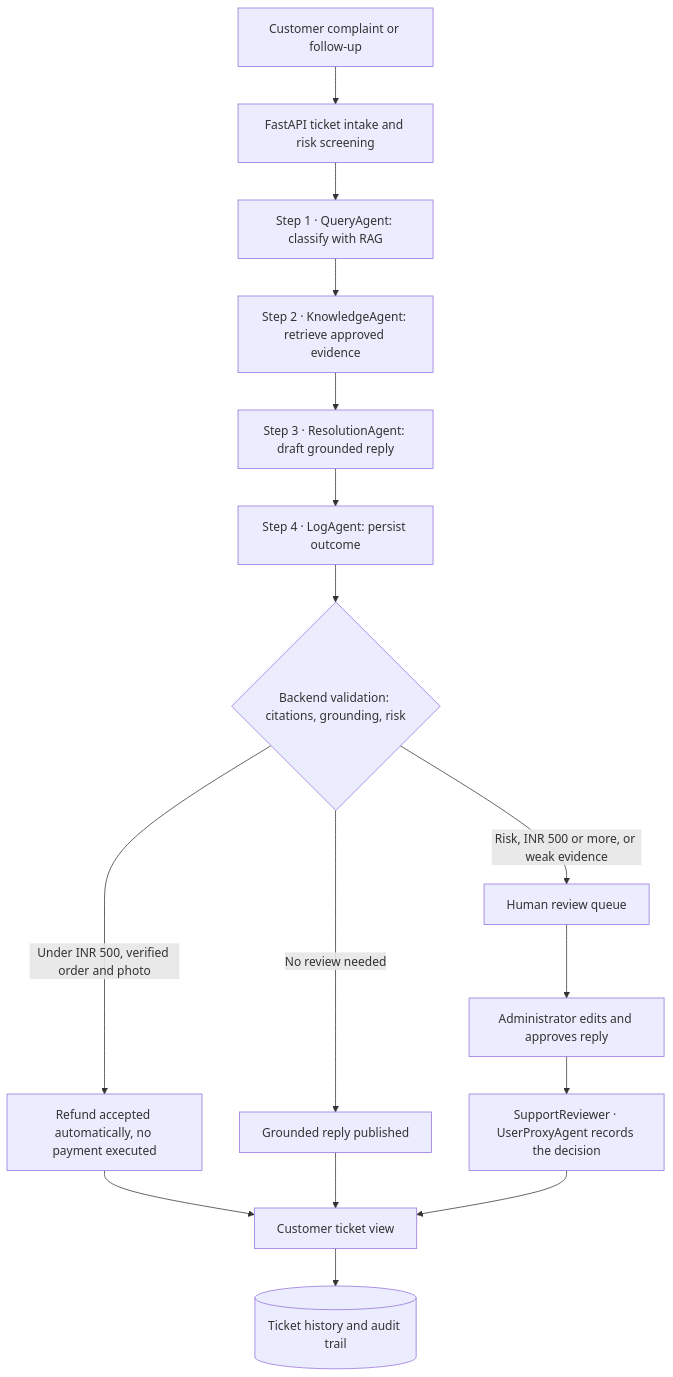
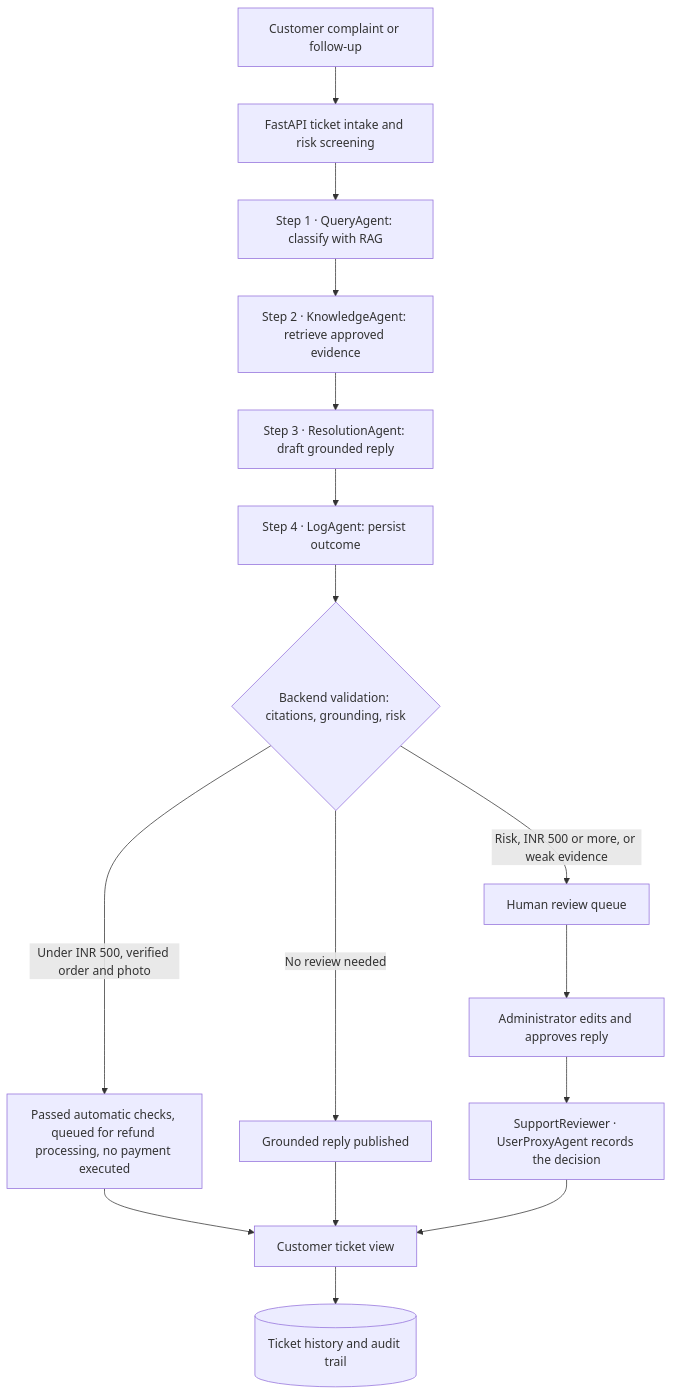
Before and after one commit to poovizhimangaipatchirajan/AI-Customer-Support-Multigent--Autogen: the second of 2 diagrams in README.md, drawn with Mermaid. The commit also changed other lines of this file and 45 other files, not shown here.

First line of the commit message:
fix: clear auto-refund wording, review-aware log outcomes, repo cleanup

````diff
--- a/README.md
+++ b/README.md
@@ -82,18 +84,18 @@
 ```mermaid
 flowchart TD
     IN["Customer complaint or follow-up"] --> T["FastAPI ticket intake and risk screening"]
     T --> Q["Step 1 · QueryAgent: classify with RAG"]
     Q --> K["Step 2 · KnowledgeAgent: retrieve approved evidence"]
     K --> R["Step 3 · ResolutionAgent: draft grounded reply"]
     R --> L["Step 4 · LogAgent: persist outcome"]
     L --> CHECK{"Backend validation: citations, grounding, risk"}
-    CHECK -->|"Under INR 500, verified order and photo"| AUTO["Refund accepted automatically, no payment executed"]
+    CHECK -->|"Under INR 500, verified order and photo"| AUTO["Passed automatic checks, queued for refund processing, no payment executed"]
     CHECK -->|"No review needed"| SAFE["Grounded reply published"]
     CHECK -->|"Risk, INR 500 or more, or weak evidence"| H["Human review queue"]
     H --> ADMIN["Administrator edits and approves reply"]
     ADMIN --> HITL["SupportReviewer · UserProxyAgent records the decision"]
     AUTO --> OUT["Customer ticket view"]
     SAFE --> OUT
     HITL --> OUT
     OUT --> AUDIT[("Ticket history and audit trail")]
 ```
````
